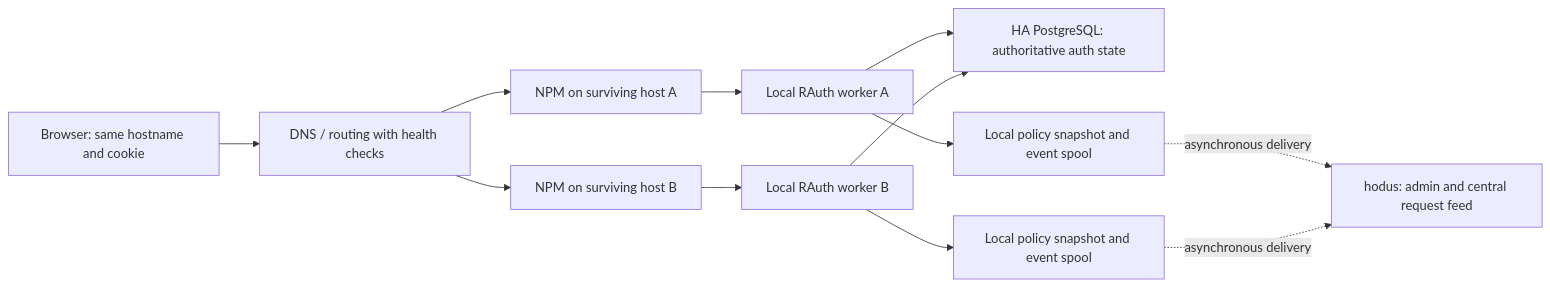
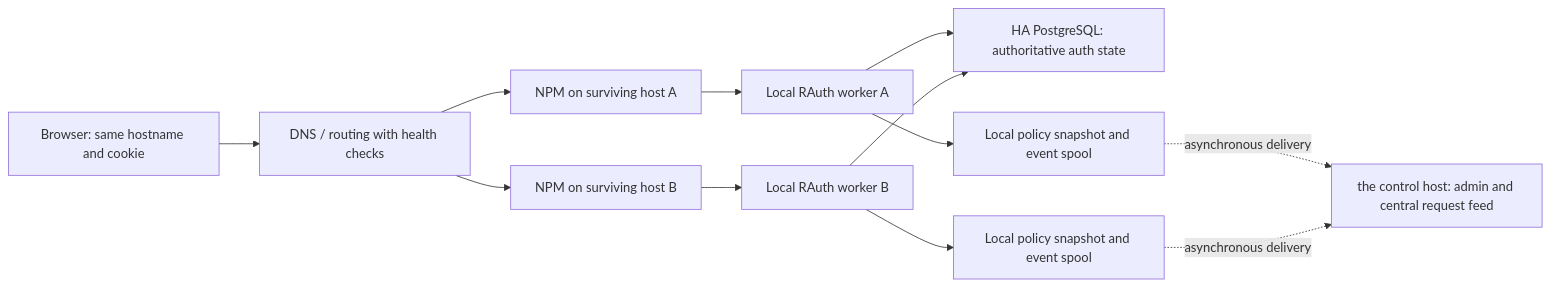
Before and after one commit to arumes31/rauth: the diagram in docs/superpowers/specs/2026-11-01-public-access-active-active-design.md, drawn with Mermaid. The commit also changed other lines of this file and 10 other files, not shown here.

````diff
--- a/docs/superpowers/specs/2026-11-01-public-access-active-active-design.md
+++ b/docs/superpowers/specs/2026-11-01-public-access-active-active-design.md
@@ -58,14 +54,14 @@
 ```mermaid
 flowchart LR
     Browser[Browser: same hostname and cookie] --> Routing[DNS / routing with health checks]
     Routing --> NPM1[NPM on surviving host A]
     Routing --> NPM2[NPM on surviving host B]
     NPM1 --> W1[Local RAuth worker A]
     NPM2 --> W2[Local RAuth worker B]
     W1 --> SQL[HA PostgreSQL: authoritative auth state]
     W2 --> SQL
     W1 --> Q1[Local policy snapshot and event spool]
     W2 --> Q2[Local policy snapshot and event spool]
-    Q1 -. asynchronous delivery .-> H[hodus: admin and central request feed]
+    Q1 -. asynchronous delivery .-> H[the control host: admin and central request feed]
     Q2 -. asynchronous delivery .-> H
 ```
````
